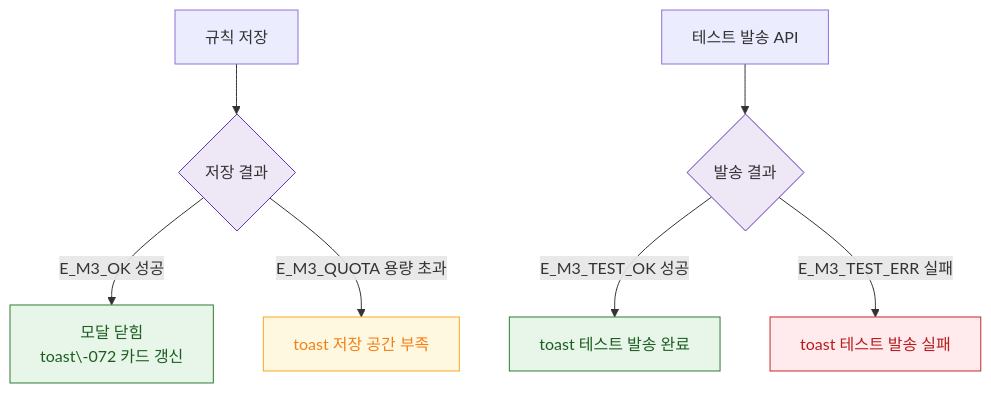
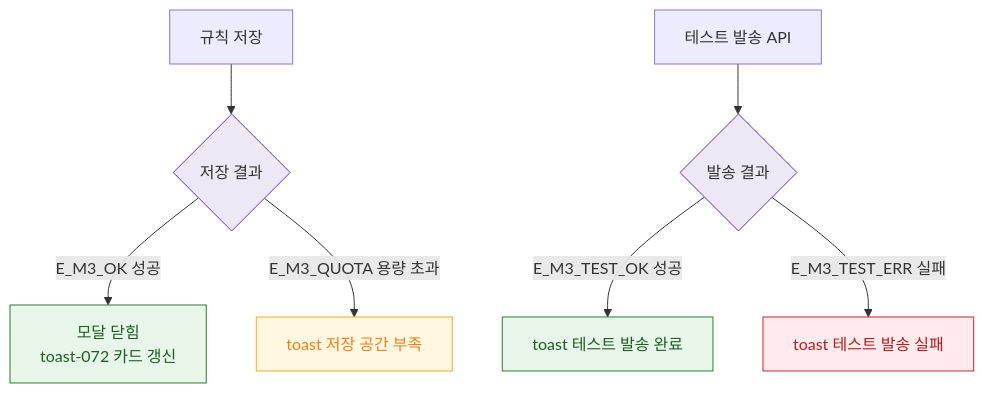
The diagram in docs/admin/다이어그램/D08_마케팅/DLG/DLG-072-001_알림규칙편집/M3_결과분기.md (dev-spogym/admin-pando), drawn with Mermaid before and after one commit. The commit also changed 369 other files, not shown here.

````diff
--- a/docs/admin/다이어그램/D08_마케팅/DLG/DLG-072-001_알림규칙편집/M3_결과분기.md
+++ b/docs/admin/다이어그램/D08_마케팅/DLG/DLG-072-001_알림규칙편집/M3_결과분기.md
@@ -12,20 +12,20 @@
 ```mermaid
 flowchart TD
   SAVE_API[규칙 저장] --> RESULT{저장 결과}
-  RESULT -->|E_M3_OK 성공|OK[모달 닫힘\ntoast\-072 카드 갱신]
+  RESULT -->|E_M3_OK 성공|OK[모달 닫힘\ntoast-072 카드 갱신]
   RESULT -->|E_M3_QUOTA 용량 초과|ERR_Q[toast 저장 공간 부족]
 
   TEST_API[테스트 발송 API] --> TRESULT{발송 결과}
   TRESULT -->|E_M3_TEST_OK 성공|T_OK[toast 테스트 발송 완료]
   TRESULT -->|E_M3_TEST_ERR 실패|T_ERR[toast 테스트 발송 실패]
 
   classDef success fill:#E8F5E9,stroke:#2E7D32,color:#1B5E20
   classDef error fill:#FFEBEE,stroke:#C62828,color:#B71C1C
   classDef warning fill:#FFF8E1,stroke:#F9A825,color:#F57F17
   classDef system fill:#EDE7F6,stroke:#5E35B2
 
   class OK,T_OK success
   class T_ERR error
   class ERR_Q warning
   class RESULT,TRESULT system
 ```
````
